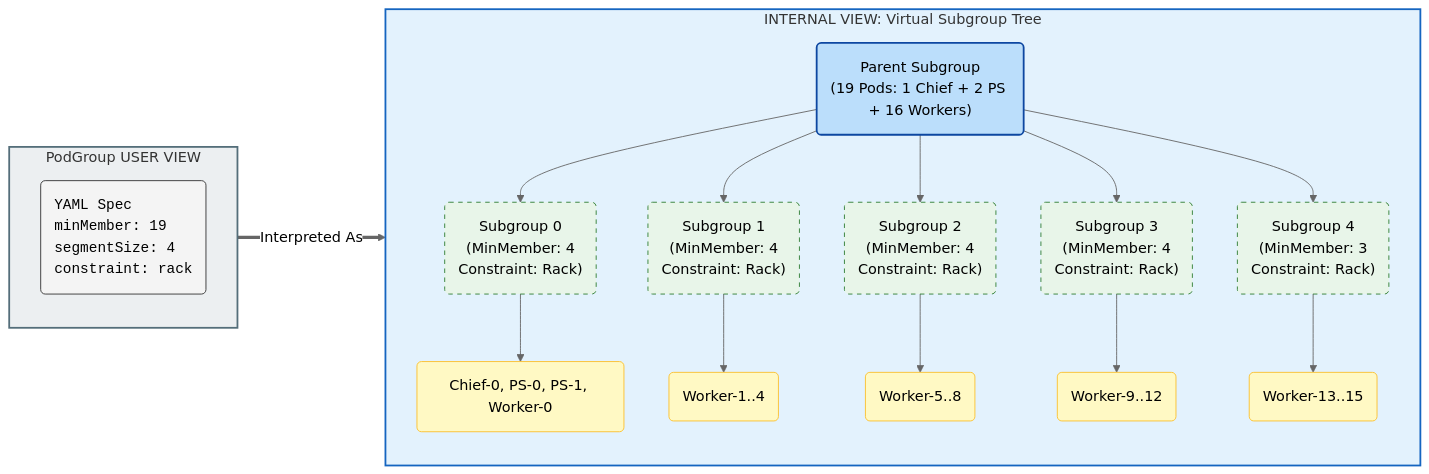
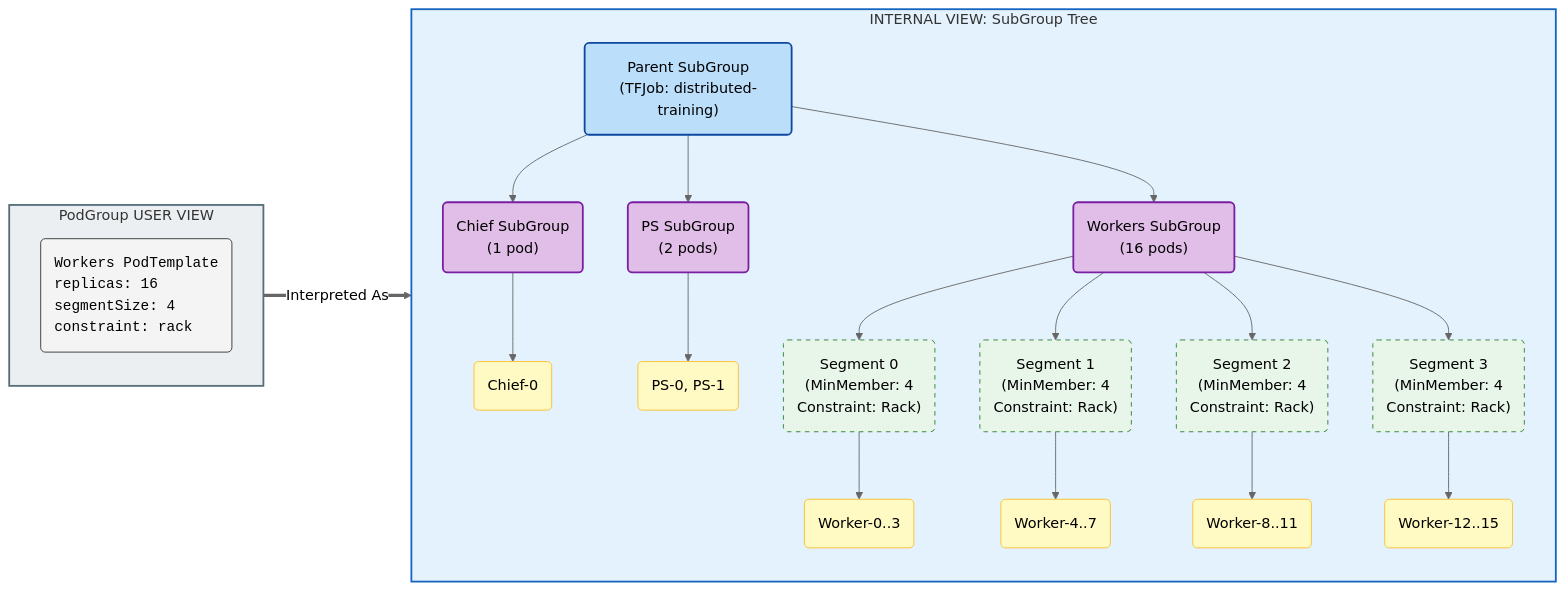
Before and after one commit to NVIDIA/KAI-Scheduler: the diagram in docs/developer/designs/segmented-subgroups/README.md, drawn with Mermaid (neutral theme). The commit also changed other lines of this file, not shown here.

````diff
--- a/docs/developer/designs/segmented-subgroups/README.md
+++ b/docs/developer/designs/segmented-subgroups/README.md
@@ -136,50 +145,58 @@
 ```mermaid
 graph LR
     %% === Styles ===
     classDef yamlNode fill:#f4f4f4,stroke:#333,stroke-width:1px,font-family:monospace,text-align:left;
     classDef rootNode fill:#bbdefb,stroke:#0d47a1,stroke-width:2px,color:#000;
+    classDef replicaNode fill:#e1bee7,stroke:#7b1fa2,stroke-width:2px;
     classDef virtualNode fill:#e8f5e9,stroke:#2e7d32,stroke-width:1px,stroke-dasharray: 5 5;
     classDef podNode fill:#fff9c4,stroke:#fbc02d,stroke-width:1px;
 
     %% === Left Container: User View ===
     subgraph UserView ["PodGroup USER VIEW"]
         direction TB
-        yamlSpec("YAML Spec<br/>minMember: 19<br/>segmentSize: 4<br/>constraint: rack"):::yamlNode
+        yamlSpec("Workers PodTemplate<br/>replicas: 16<br/>segmentSize: 4<br/>constraint: rack"):::yamlNode
     end
 
     %% === Right Container: Internal State ===
-    subgraph InternalView ["INTERNAL VIEW: Virtual Subgroup Tree"]
+    subgraph InternalView ["INTERNAL VIEW: SubGroup Tree"]
         direction TB
 
-        RootSG("Parent Subgroup<br/>(19 Pods: 1 Chief + 2 PS + 16 Workers)"):::rootNode
+        RootSG("Parent SubGroup<br/>(TFJob: distributed-training)"):::rootNode
 
-        %% Virtual Segments
-        VS0("Subgroup 0<br/>(MinMember: 4<br/>Constraint: Rack)"):::virtualNode
-        VS1("Subgroup 1<br/>(MinMember: 4<br/>Constraint: Rack)"):::virtualNode
-        VS2("Subgroup 2<br/>(MinMember: 4<br/>Constraint: Rack)"):::virtualNode
-        VS3("Subgroup 3<br/>(MinMember: 4<br/>Constraint: Rack)"):::virtualNode
-        VS4("Subgroup 4<br/>(MinMember: 3<br/>Constraint: Rack)"):::virtualNode
+        %% Replica Type SubGroups
+        ChiefSG("Chief SubGroup<br/>(1 pod)"):::replicaNode
+        PSSG("PS SubGroup<br/>(2 pods)"):::replicaNode
+        WorkerSG("Workers SubGroup<br/>(16 pods)"):::replicaNode
+
+        %% Segment SubGroups (only under Workers)
+        VS0("Segment 0<br/>(MinMember: 4<br/>Constraint: Rack)"):::virtualNode
+        VS1("Segment 1<br/>(MinMember: 4<br/>Constraint: Rack)"):::virtualNode
+        VS2("Segment 2<br/>(MinMember: 4<br/>Constraint: Rack)"):::virtualNode
+        VS3("Segment 3<br/>(MinMember: 4<br/>Constraint: Rack)"):::virtualNode
 
         %% Pod Assignments
-        Pods0("Chief-0, PS-0, PS-1, Worker-0"):::podNode
-        Pods1("Worker-1..4"):::podNode
-        Pods2("Worker-5..8"):::podNode
-        Pods3("Worker-9..12"):::podNode
-        Pods4("Worker-13..15"):::podNode
+        ChiefPods("Chief-0"):::podNode
+        PSPods("PS-0, PS-1"):::podNode
+        Pods0("Worker-0..3"):::podNode
+        Pods1("Worker-4..7"):::podNode
+        Pods2("Worker-8..11"):::podNode
+        Pods3("Worker-12..15"):::podNode
 
         %% Tree Connections
-        RootSG --> VS0 & VS1 & VS2 & VS3 & VS4
+        RootSG --> ChiefSG & PSSG & WorkerSG
+        ChiefSG --> ChiefPods
+        PSSG --> PSPods
+        WorkerSG --> VS0 & VS1 & VS2 & VS3
         VS0 --> Pods0
         VS1 --> Pods1
         VS2 --> Pods2
         VS3 --> Pods3
-        VS4 --> Pods4
     end
 
     %% === Connection ===
-    UserView == "Interpreted As" ==> RootSG
+    UserView == "Interpreted As" ==> WorkerSG
 
     %% Apply styles
     style UserView fill:#eceff1,stroke:#546e7a,stroke-width:2px
     style InternalView fill:#e3f2fd,stroke:#1565c0,stroke-width:2px
 ```
````
